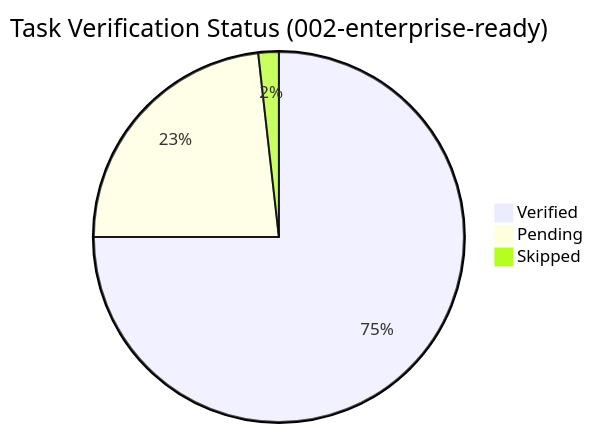
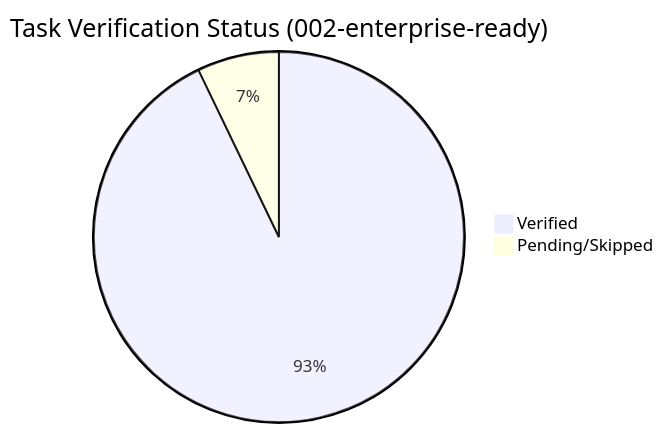
The diagram in .specs/002-enterprise-ready/VERIFICATION.md (Julianson/specky), drawn with Mermaid before and after one commit. The commit also changed other lines of this file and 36 other files, not shown here.

````diff
--- a/.specs/002-enterprise-ready/VERIFICATION.md
+++ b/.specs/002-enterprise-ready/VERIFICATION.md
@@ -136,6 +136,5 @@
 ```mermaid
 pie title Task Verification Status (002-enterprise-ready)
-    "Verified" : 42
-    "Pending" : 13
-    "Skipped" : 1
+    "Verified" : 52
+    "Pending/Skipped" : 4
 ```
````
